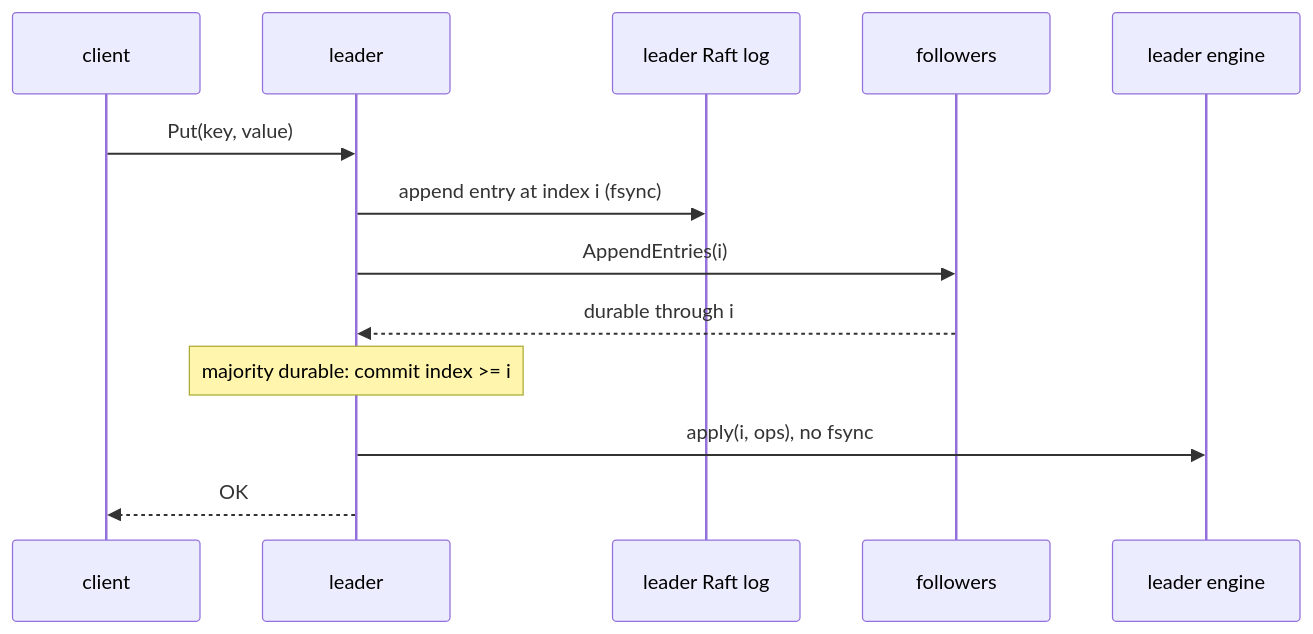
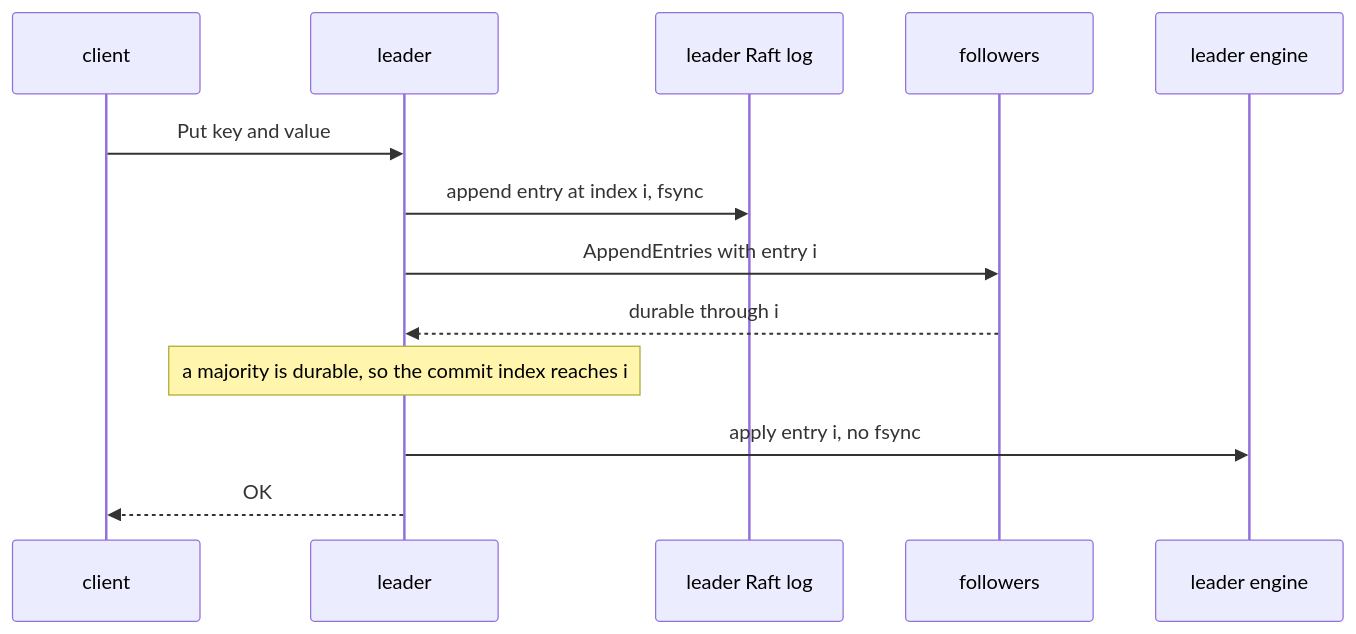
Before and after one commit to raydatray/peppydb: the second of 4 diagrams in docs/plans/0025-server-roadmap.md, drawn with Mermaid. The commit also changed other lines of this file and 4 other files, not shown here.

````diff
--- a/docs/plans/0025-server-roadmap.md
+++ b/docs/plans/0025-server-roadmap.md
@@ -91,16 +91,16 @@
 ```mermaid
 sequenceDiagram
     participant C as client
     participant L as leader
     participant LL as leader Raft log
     participant F as followers
     participant E as leader engine
 
-    C->>L: Put(key, value)
-    L->>LL: append entry at index i (fsync)
-    L->>F: AppendEntries(i)
+    C->>L: Put key and value
+    L->>LL: append entry at index i, fsync
+    L->>F: AppendEntries with entry i
     F-->>L: durable through i
-    Note over L: majority durable: commit index >= i
-    L->>E: apply(i, ops), no fsync
+    Note over L: a majority is durable, so the commit index reaches i
+    L->>E: apply entry i, no fsync
     L-->>C: OK
 ```
````
